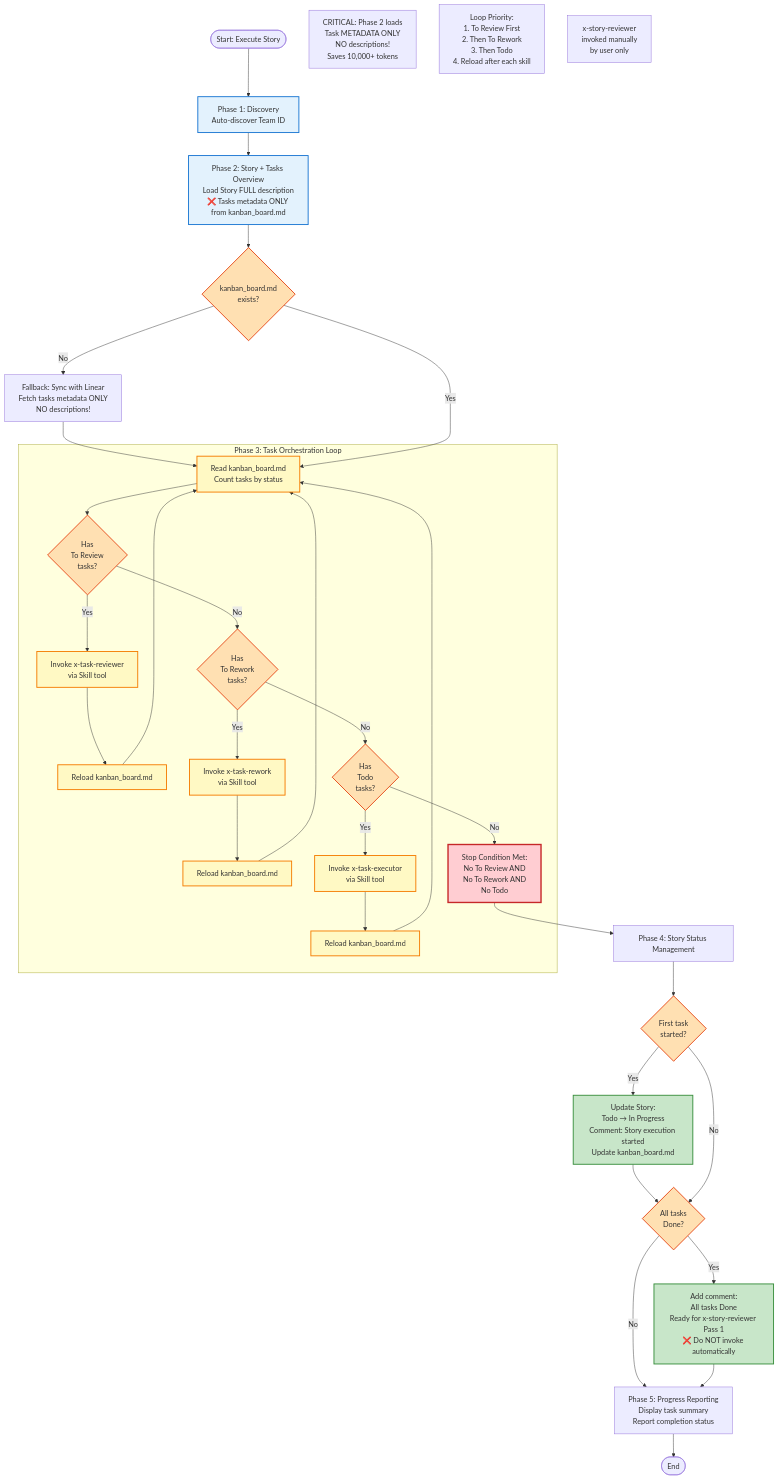
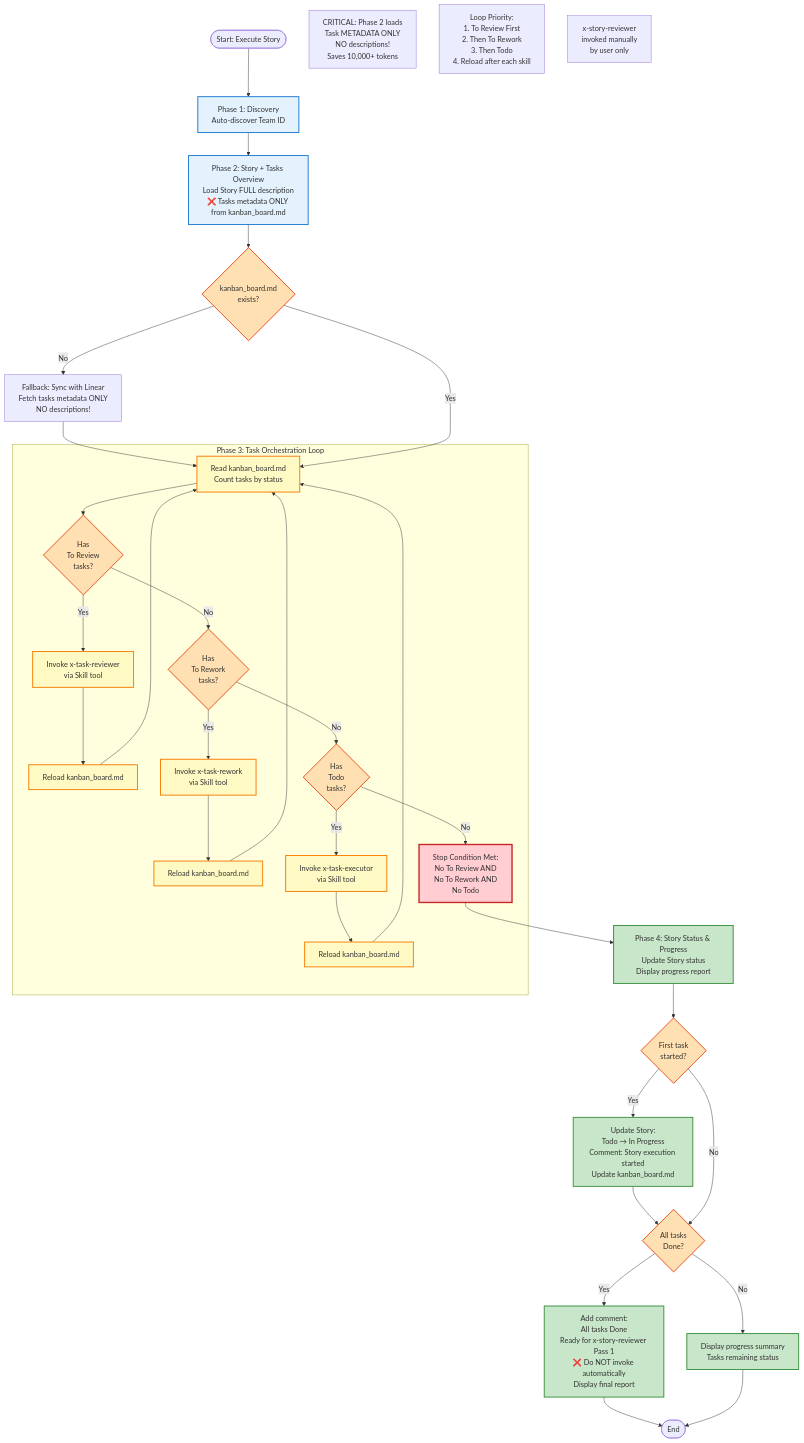
Before and after one commit to levnikolaevich/claude-code-skills: the diagram in x-story-executor/diagram.mmd, drawn with Mermaid. The commit also changed 17 other files, not shown here.

First line of the commit message:
Restructure story executor and reviewer workflows

```diff
--- a/x-story-executor/diagram.mmd
+++ b/x-story-executor/diagram.mmd
@@ -1,71 +1,68 @@
 %% x-story-executor: Story Execution Orchestrator
 %% Orchestrates child tasks through their workflow (To Review → Todo → Done)
 %% Prioritizes: Review First > Fix Rework > Execute New
 
 graph TD
     Start([Start: Execute Story]) --> Phase1[Phase 1: Discovery<br/>Auto-discover Team ID]
 
     Phase1 --> Phase2[Phase 2: Story + Tasks Overview<br/>Load Story FULL description<br/>❌ Tasks metadata ONLY from kanban_board.md]
 
     Phase2 --> KanbanCheck{kanban_board.md<br/>exists?}
     KanbanCheck -->|No| SyncLinear[Fallback: Sync with Linear<br/>Fetch tasks metadata ONLY<br/>NO descriptions!]
     SyncLinear --> Phase3
     KanbanCheck -->|Yes| Phase3
 
     %% Phase 3: Task Orchestration Loop
     subgraph Phase3_Loop [Phase 3: Task Orchestration Loop]
         Phase3[Read kanban_board.md<br/>Count tasks by status]
 
         Phase3 --> Priority1{Has<br/>To Review<br/>tasks?}
         Priority1 -->|Yes| InvokeReviewer[Invoke x-task-reviewer<br/>via Skill tool]
         InvokeReviewer --> ReloadAfterReview[Reload kanban_board.md]
         ReloadAfterReview --> Phase3
 
         Priority1 -->|No| Priority2{Has<br/>To Rework<br/>tasks?}
         Priority2 -->|Yes| InvokeRework[Invoke x-task-rework<br/>via Skill tool]
         InvokeRework --> ReloadAfterRework[Reload kanban_board.md]
         ReloadAfterRework --> Phase3
 
         Priority2 -->|No| Priority3{Has<br/>Todo<br/>tasks?}
         Priority3 -->|Yes| InvokeExecutor[Invoke x-task-executor<br/>via Skill tool]
         InvokeExecutor --> ReloadAfterExec[Reload kanban_board.md]
         ReloadAfterExec --> Phase3
 
         Priority3 -->|No| StopCondition[Stop Condition Met:<br/>No To Review AND<br/>No To Rework AND<br/>No Todo]
     end
 
     StopCondition --> Phase4
 
-    %% Phase 4: Story Status Management
-    Phase4[Phase 4: Story Status Management]
+    %% Phase 4: Story Status & Progress (combined Phase 4 + 5)
+    Phase4[Phase 4: Story Status & Progress<br/>Update Story status<br/>Display progress report]
     Phase4 --> FirstTask{First task<br/>started?}
     FirstTask -->|Yes| UpdateStoryStatus[Update Story:<br/>Todo → In Progress<br/>Comment: Story execution started<br/>Update kanban_board.md]
     UpdateStoryStatus --> CheckAllDone
     FirstTask -->|No| CheckAllDone
 
     CheckAllDone{All tasks<br/>Done?}
-    CheckAllDone -->|Yes| RecommendReviewer[Add comment:<br/>All tasks Done<br/>Ready for x-story-reviewer Pass 1<br/>❌ Do NOT invoke automatically]
-    CheckAllDone -->|No| Phase5
-    RecommendReviewer --> Phase5
-
-    %% Phase 5: Progress Reporting
-    Phase5[Phase 5: Progress Reporting<br/>Display task summary<br/>Report completion status]
-    Phase5 --> End([End])
+    CheckAllDone -->|Yes| RecommendReviewer[Add comment:<br/>All tasks Done<br/>Ready for x-story-reviewer Pass 1<br/>❌ Do NOT invoke automatically<br/>Display final report]
+    CheckAllDone -->|No| ProgressReport[Display progress summary<br/>Tasks remaining status]
+    RecommendReviewer --> End([End])
+    ProgressReport --> End
 
     %% Styling
     classDef discovery fill:#E3F2FD,stroke:#1976D2,stroke-width:2px
     classDef loop fill:#FFF9C4,stroke:#F57C00,stroke-width:2px
     classDef decision fill:#FFE0B2,stroke:#E64A19,stroke-width:2px
     classDef action fill:#C8E6C9,stroke:#388E3C,stroke-width:2px
     classDef critical fill:#FFCDD2,stroke:#C62828,stroke-width:3px
 
     class Phase1,Phase2 discovery
     class Phase3,InvokeReviewer,InvokeRework,InvokeExecutor,ReloadAfterReview,ReloadAfterRework,ReloadAfterExec loop
     class Priority1,Priority2,Priority3,KanbanCheck,FirstTask,CheckAllDone decision
-    class UpdateStoryStatus,RecommendReviewer action
+    class Phase4,UpdateStoryStatus,RecommendReviewer,ProgressReport action
     class StopCondition critical
 
     %% Notes
     note1[CRITICAL: Phase 2 loads<br/>Task METADATA ONLY<br/>NO descriptions!<br/>Saves 10,000+ tokens]
     note2[Loop Priority:<br/>1. To Review First<br/>2. Then To Rework<br/>3. Then Todo<br/>4. Reload after each skill]
     note3[x-story-reviewer<br/>invoked manually<br/>by user only]
```
